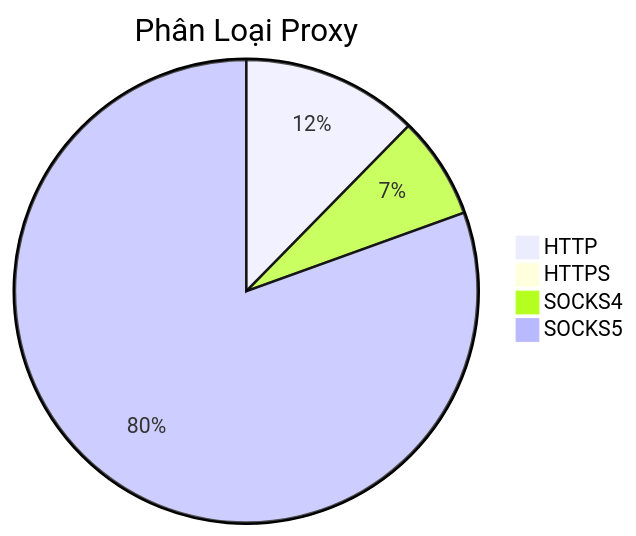
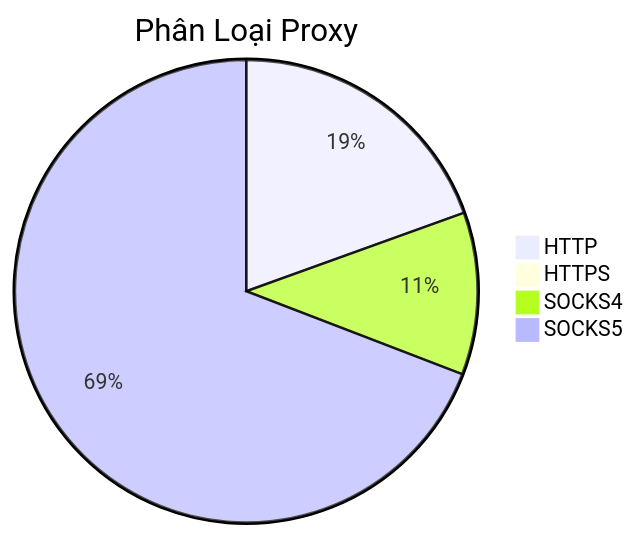
Before and after one commit to Ciara-Aa/PROXY-free: the diagram in README.md, drawn with Mermaid. The commit also changed other lines of this file and 4 other files, not shown here.

````diff
--- a/README.md
+++ b/README.md
@@ -26,7 +26,7 @@
 ```mermaid
 pie title Phân Loại Proxy
-    "HTTP" : 472
-    "HTTPS" : 4
-    "SOCKS4" : 273
-    "SOCKS5" : 3078
+    "HTTP" : 476
+    "HTTPS" : 2
+    "SOCKS4" : 277
+    "SOCKS5" : 1689
 ```
````
